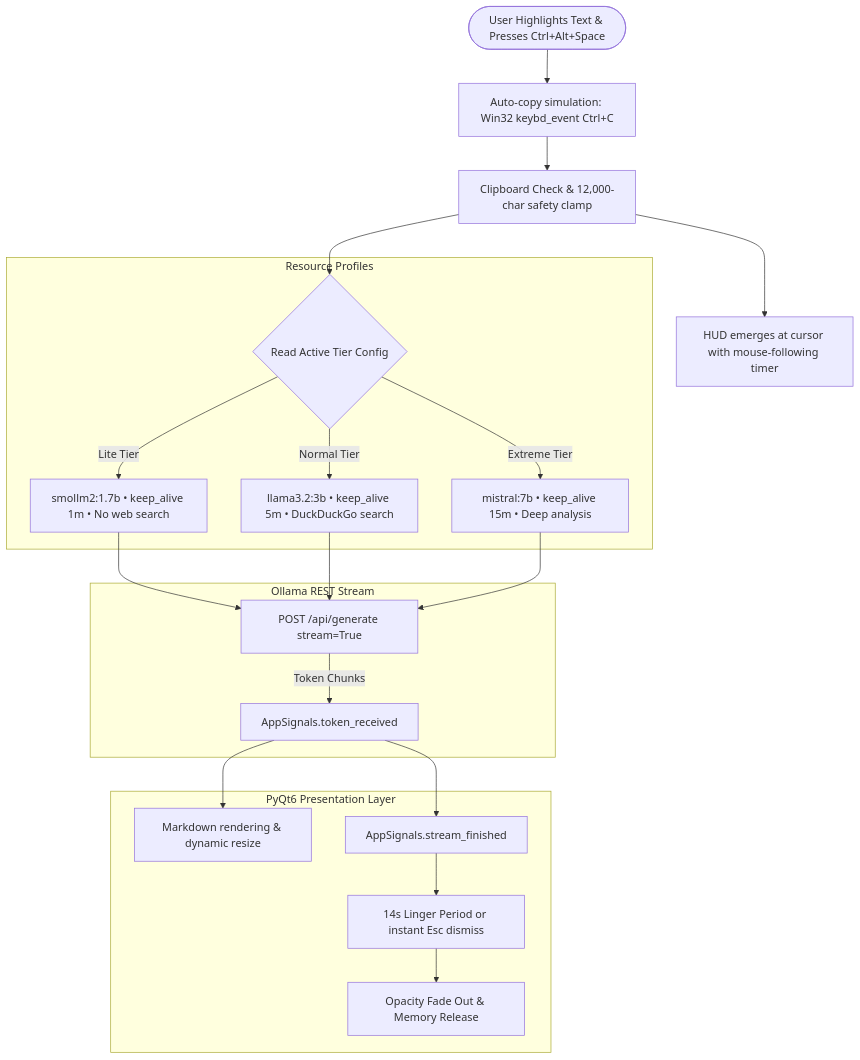
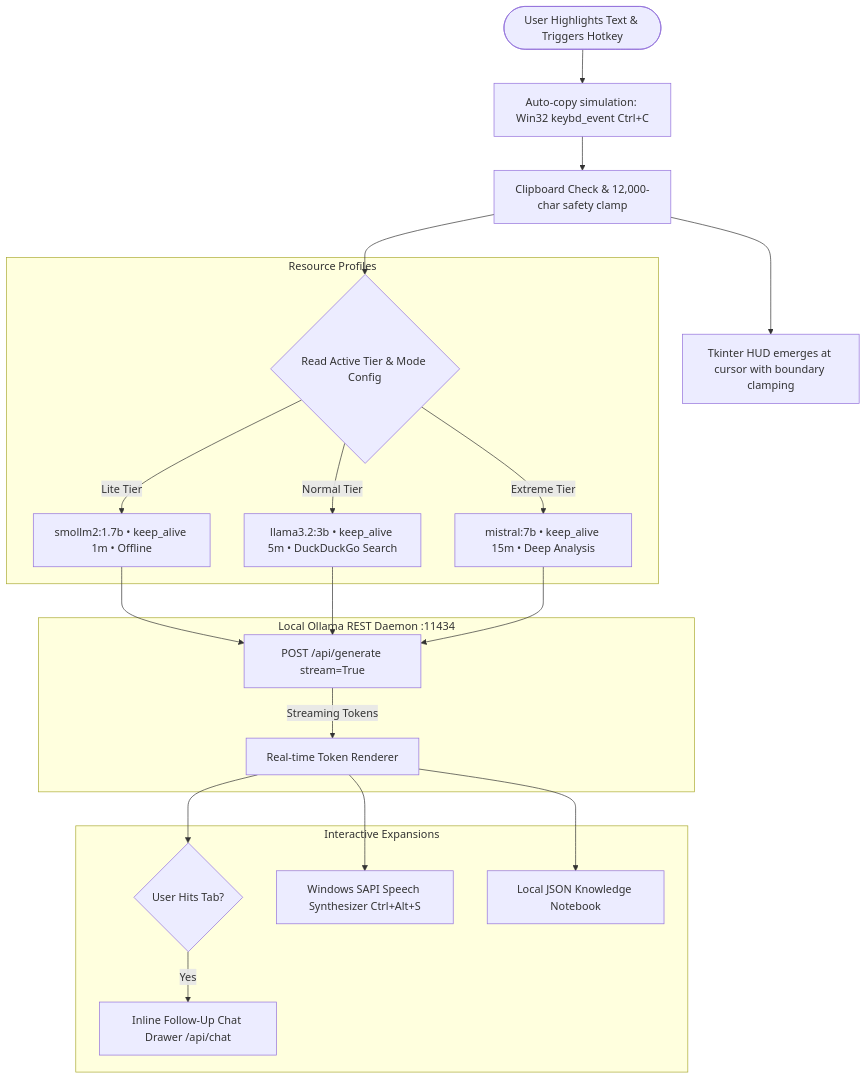
The diagram in README.md (JishnuuUwU/wat-this), drawn with Mermaid before and after one commit. The commit also changed other lines of this file and 11 other files, not shown here.

````diff
--- a/README.md
+++ b/README.md
@@ -38,27 +53,27 @@
 ```mermaid
 flowchart TD
-    User([User Highlights Text & Presses Ctrl+Alt+Space]) --> AutoCopy[Auto-copy simulation: Win32 keybd_event Ctrl+C]
+    User([User Highlights Text & Triggers Hotkey]) --> AutoCopy[Auto-copy simulation: Win32 keybd_event Ctrl+C]
     AutoCopy --> InputGate[Clipboard Check & 12,000-char safety clamp]
-    InputGate --> UI_Launch[HUD emerges at cursor with mouse-following timer]
-    InputGate --> EngineRouter{Read Active Tier Config}
+    InputGate --> UI_Launch[Tkinter HUD emerges at cursor with boundary clamping]
+    InputGate --> EngineRouter{Read Active Tier & Mode Config}
     
     subgraph Tier_Profiles["Resource Profiles"]
-        EngineRouter -->|Lite Tier| LiteExec[smollm2:1.7b • keep_alive 1m • No web search]
-        EngineRouter -->|Normal Tier| NormExec[llama3.2:3b • keep_alive 5m • DuckDuckGo search]
-        EngineRouter -->|Extreme Tier| ExtExec[mistral:7b • keep_alive 15m • Deep analysis]
+        EngineRouter -->|Lite Tier| LiteExec[smollm2:1.7b • keep_alive 1m • Offline]
+        EngineRouter -->|Normal Tier| NormExec[llama3.2:3b • keep_alive 5m • DuckDuckGo Search]
+        EngineRouter -->|Extreme Tier| ExtExec[mistral:7b • keep_alive 15m • Deep Analysis]
     end
 
-    subgraph Streaming_Engine["Ollama REST Stream"]
+    subgraph Streaming_Engine["Local Ollama REST Daemon :11434"]
         LiteExec --> API[POST /api/generate stream=True]
         NormExec --> API
         ExtExec --> API
-        API -->|Token Chunks| TokenBus[AppSignals.token_received]
+        API -->|Streaming Tokens| CardRender[Real-time Token Renderer]
     end
 
-    subgraph Presentation["PyQt6 Presentation Layer"]
-        TokenBus --> CardRender[Markdown rendering & dynamic resize]
-        TokenBus --> StreamEnd[AppSignals.stream_finished]
-        StreamEnd --> Linger[14s Linger Period or instant Esc dismiss]
-        Linger --> FadeExit[Opacity Fade Out & Memory Release]
+    subgraph Extensions["Interactive Expansions"]
+        CardRender --> TabKey{User Hits Tab?}
+        TabKey -->|Yes| InlineChat[Inline Follow-Up Chat Drawer /api/chat]
+        CardRender --> TTSAudio[Windows SAPI Speech Synthesizer Ctrl+Alt+S]
+        CardRender --> HistoryLog[Local JSON Knowledge Notebook]
     end
 ```
````
